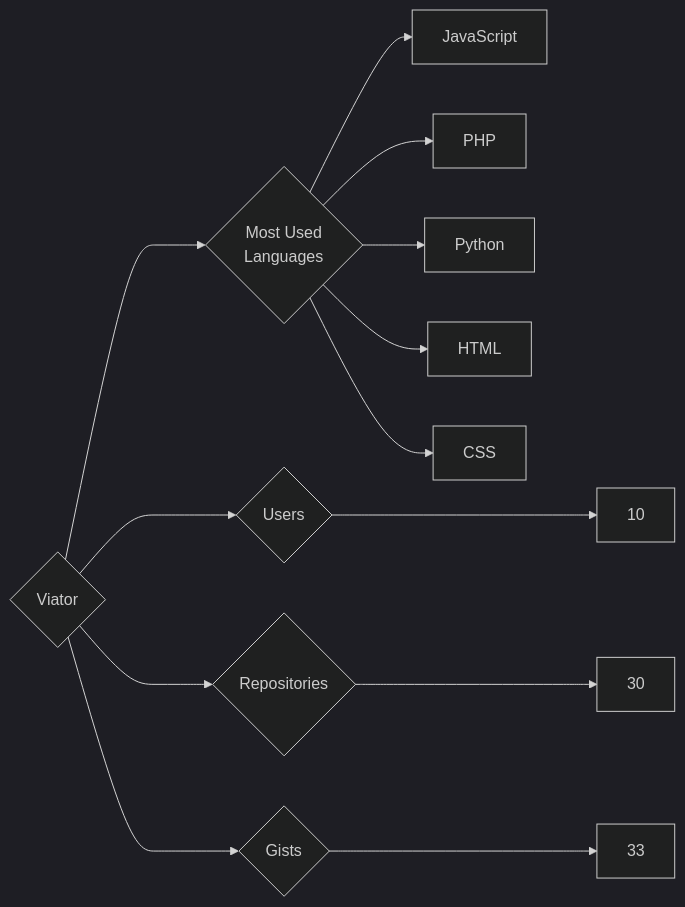
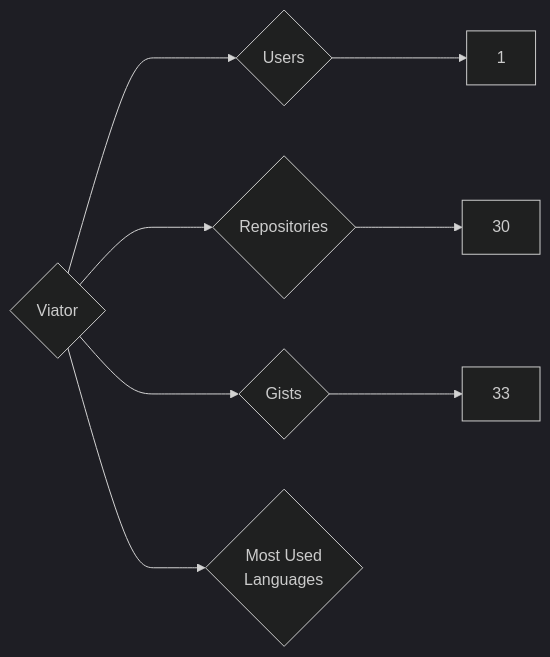
One commit to trickest/insiders changed the diagram in targets/Viator/README.md. Above: the diagram before and after it, drawn with Mermaid (dark theme). The commit also changed 995 other files, not shown here.

````diff
--- a/targets/Viator/README.md
+++ b/targets/Viator/README.md
@@ -3,13 +3,8 @@
 ```mermaid
 graph LR
 COMPANY_NAME{Viator}
-COMPANY_NAME ---> U{Users} ---> UN[10]
+COMPANY_NAME ---> U{Users} ---> UN[1]
 COMPANY_NAME ---> R{Repositories} ---> RN[30]
 COMPANY_NAME ---> G{Gists} ---> GN[33]
 COMPANY_NAME ---> ML{Most Used<br>Languages}
-ML --> JavaScript[JavaScript]
-ML --> PHP[PHP]
-ML --> Python[Python]
-ML --> HTML[HTML]
-ML --> CSS[CSS]
 ```
````
